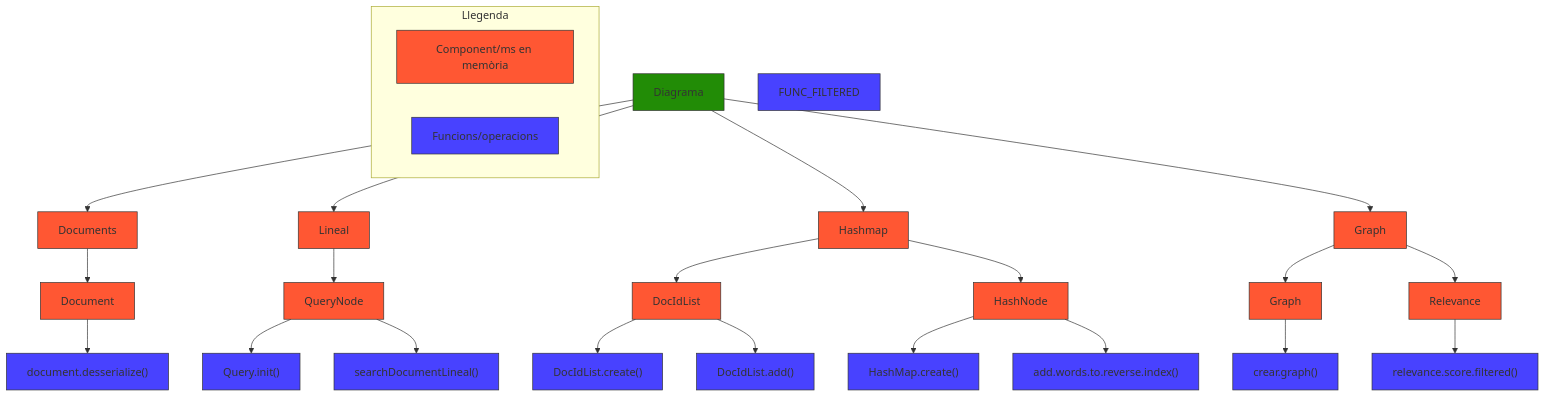
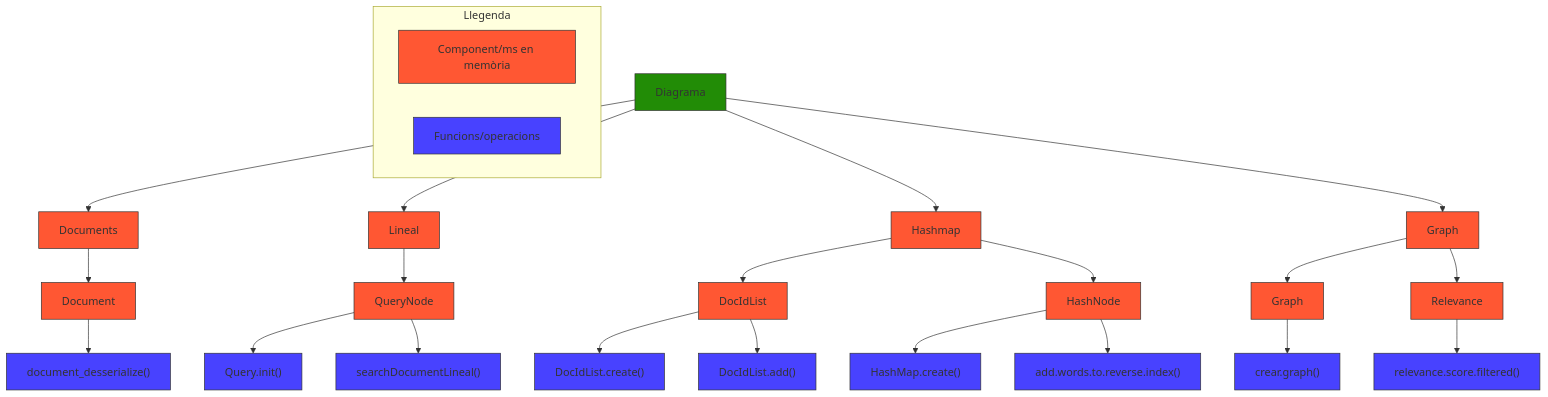
One commit to bernatnogueras/edaii-2025-P202-48 changed the diagram in REPORT.md. Above: the diagram before and after it, drawn with Mermaid.

Commit message:
funciona

````diff
--- a/REPORT.md
+++ b/REPORT.md
@@ -7,69 +7,68 @@
 ```mermaid
 flowchart TD
 
     %% Nodo raíz
     DIAG["Diagrama"] 
 
     %% Rama Documents
     DIAG --> DOCUMENTS["Documents"]
     DOCUMENTS --> DOCUMENT["Document"]
-    DOCUMENT --> FUNC_DESERIALIZE["document.desserialize()"]
+    DOCUMENT --> FUNC_DESERIALIZE["document_desserialize()"]
 
     %% Rama Lineal
     DIAG --> LINEAL["Lineal"]
     LINEAL --> QNODE["QueryNode"]
     QNODE --> FUNC_Q_INIT["Query.init()"]
     QNODE --> FUNC_SEARCH_DOC_LINEAL["searchDocumentLineal()"]
 
     %% Rama Hashmap
     DIAG --> HASHMAP["Hashmap"]
     HASHMAP --> DOCLIST["DocIdList"]
     DOCLIST --> FUNC_DOCLIST_CREATE["DocIdList.create()"]
     DOCLIST --> FUNC_DOCLIST_ADD["DocIdList.add()"]
     HASHMAP --> HASHNODE["HashNode"]
     HASHNODE --> FUNC_HASHMAP_INIT["HashMap.create()"]
     HASHNODE --> FUNC_ADD_WORD["add.words.to.reverse.index()"]
 
     %% Rama Graph
     DIAG --> GRAPH["Graph"]
     GRAPH --> GRAPH_NODE["Graph"]
     GRAPH_NODE --> FUNC_WAR_GRAPH["crear.graph()"]
     GRAPH --> RELEVANCE["Relevance"]
     RELEVANCE --> FUNC_REL_SCAN["relevance.score.filtered()"]
 
     %% Estilos de colores
     style DIAG fill:#228c06,stroke:#333,stroke-width:1px
 
     style DOCUMENTS fill:#ff5733,stroke:#333,stroke-width:1px
     style DOCUMENT fill:#ff5733,stroke:#333,stroke-width:1px
     style FUNC_DESERIALIZE fill:#4842ff,stroke:#333,stroke-width:1px
 
     style LINEAL fill:#ff5733,stroke:#333,stroke-width:1px
     style QNODE fill:#ff5733,stroke:#333,stroke-width:1px
     style FUNC_Q_INIT fill:#4842ff,stroke:#333,stroke-width:1px
     style FUNC_SEARCH_DOC_LINEAL fill:#4842ff,stroke:#333,stroke-width:1px
 
     style HASHMAP fill:#ff5733,stroke:#333,stroke-width:1px
     style DOCLIST fill:#ff5733,stroke:#333,stroke-width:1px
     style FUNC_DOCLIST_CREATE fill:#4842ff,stroke:#333,stroke-width:1px
     style FUNC_DOCLIST_ADD fill:#4842ff,stroke:#333,stroke-width:1px
     style HASHNODE fill:#ff5733,stroke:#333,stroke-width:1px
     style FUNC_HASHMAP_INIT fill:#4842ff,stroke:#333,stroke-width:1px
     style FUNC_ADD_WORD fill:#4842ff,stroke:#333,stroke-width:1px
 
     style GRAPH fill:#ff5733,stroke:#333,stroke-width:1px
     style GRAPH_NODE fill:#ff5733,stroke:#333,stroke-width:1px
     style FUNC_WAR_GRAPH fill:#4842ff,stroke:#333,stroke-width:1px
     style RELEVANCE fill:#ff5733,stroke:#333,stroke-width:1px
     style FUNC_REL_SCAN fill:#4842ff,stroke:#333,stroke-width:1px
-    style FUNC_FILTERED fill:#4842ff,stroke:#333,stroke-width:1px
 
     %% Leyenda (opcional)
     subgraph Leyenda["Llegenda"]
         green["Component/ms en memòria"] 
         purple["Funcions/operacions"]
     end
 
     style green fill:#ff5733,stroke:#333,stroke-width:1px
     style purple fill:#4842ff,stroke:#333,stroke-width:1px
 ```
````
